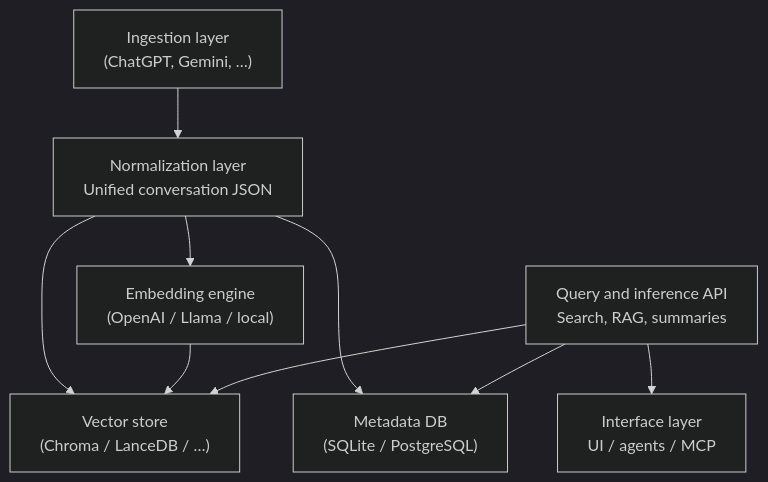
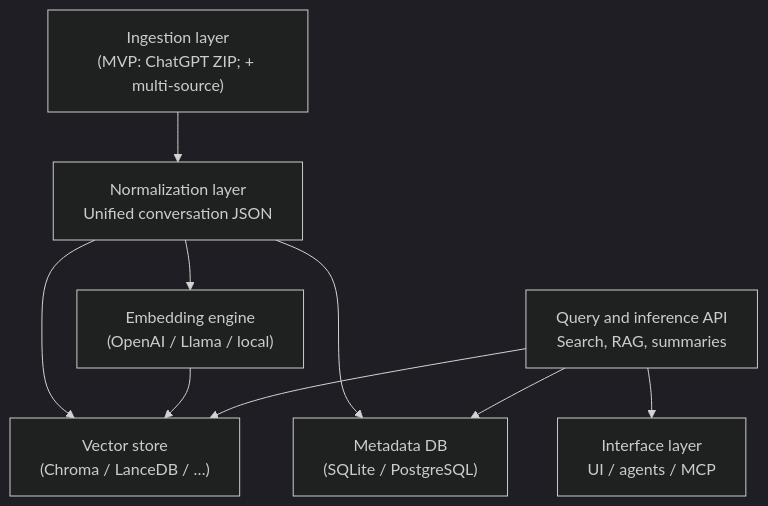
Before and after one commit to Artemon-line/ai-memory-hub: the diagram in docs/architecture.md, drawn with Mermaid (dark theme). The commit also changed other lines of this file and 7 other files, not shown here.

Commit message:
Enhance README and documentation: Updated project description to clarify phased delivery, detailed ingestion phases for AI sources, and added links to related documentation. Improved architecture overview to reflect MVP focus on ChatGPT and future multi-source support.

````diff
--- a/docs/architecture.md
+++ b/docs/architecture.md
@@ -37,19 +37,19 @@
 ```mermaid
 flowchart TB
-  Ing["Ingestion layer\n(ChatGPT, Gemini, …)"]
+  Ing["Ingestion layer\n(MVP: ChatGPT ZIP; + multi-source)"]
   Norm["Normalization layer\nUnified conversation JSON"]
   VS["Vector store\n(Chroma / LanceDB / …)"]
   Emb["Embedding engine\n(OpenAI / Llama / local)"]
   Meta["Metadata DB\n(SQLite / PostgreSQL)"]
   Qry["Query and inference API\nSearch, RAG, summaries"]
   Iface["Interface layer\nUI / agents / MCP"]
 
   Ing --> Norm
   Norm --> VS
   Norm --> Meta
   Emb --> VS
   Qry --> VS
   Qry --> Meta
   Norm --> Emb
   Qry --> Iface
 ```
````
